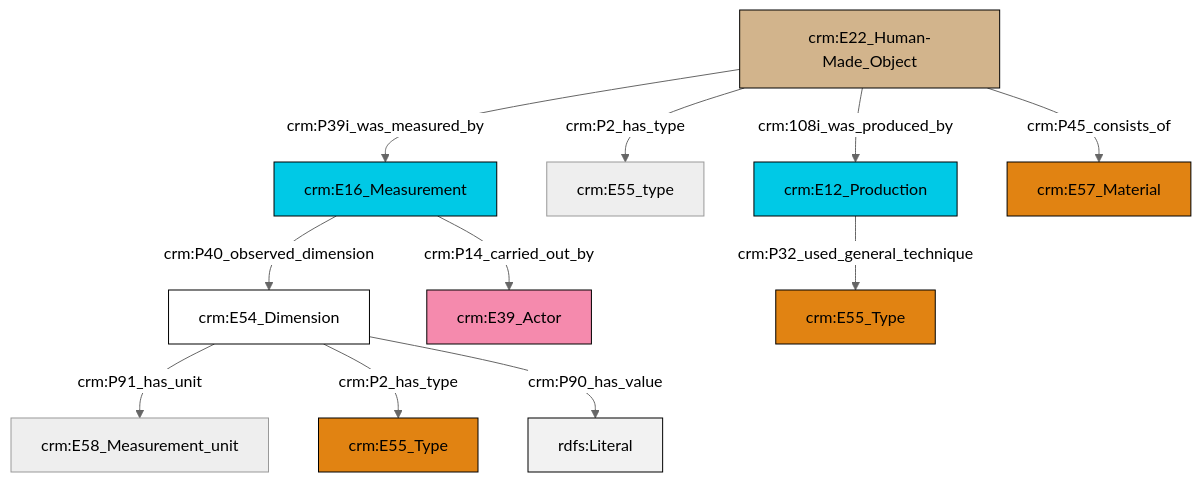
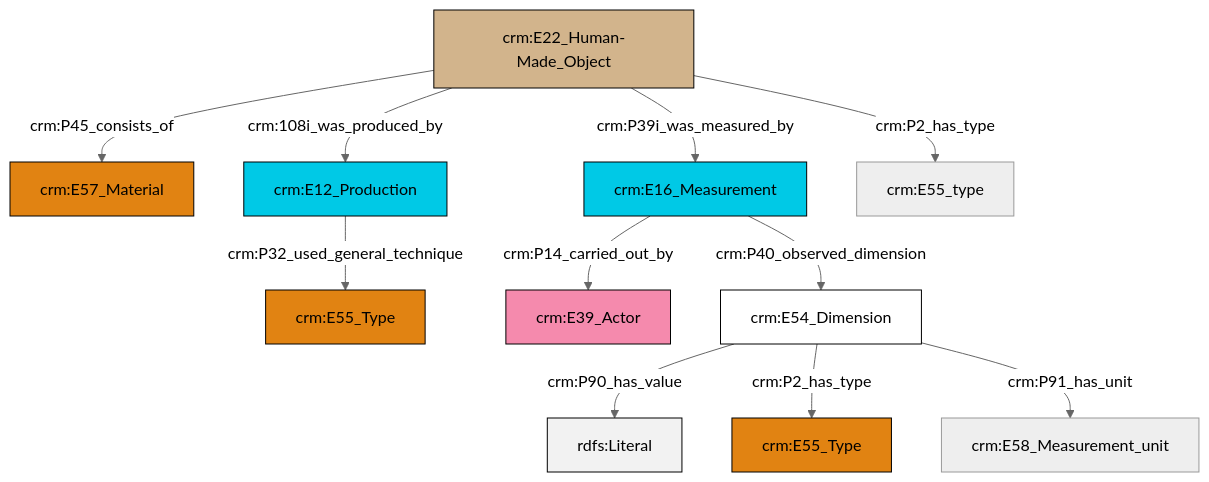
One commit to swiss-art-research-net/docs.swissartresearch changed the diagram in et/builtWorkCSV/ttl/mmd/Built_Work_substance.ttl.mmd. Above: the diagram before and after it, drawn with Mermaid (neutral theme). The commit also changed 177 other files, not shown here.

```diff
--- a/et/builtWorkCSV/ttl/mmd/Built_Work_substance.ttl.mmd
+++ b/et/builtWorkCSV/ttl/mmd/Built_Work_substance.ttl.mmd
@@ -1,25 +1,25 @@
 graph TD
 classDef Literal fill:#f2f2f2,stroke:#000000;
 classDef CRM_Entity fill:#FFFFFF,stroke:#000000;
 classDef Temporal_Entity fill:#00C9E6, stroke:#000000;
 classDef Type fill:#E18312, stroke:#000000;
 classDef Time-Span fill:#2C9C91, stroke:#000000;
 classDef Appellation fill:#FFEB7F, stroke:#000000;
 classDef Place fill:#008836, stroke:#000000;
 classDef Persistent_Item fill:#B266B2, stroke:#000000;
 classDef Conceptual_Object fill:#FFD700, stroke:#000000;
 classDef Physical_Thing fill:#D2B48C, stroke:#000000;
 classDef Actor fill:#f58aad, stroke:#000000;
 classDef PC_Classes fill:#4ce600, stroke:#000000;
 classDef Multi fill:#cccccc,stroke:#000000;
 
-0["crm:E22_Human-Made_Object"]:::Physical_Thing -->|crm:P39i_was_measured_by| 6["crm:E16_Measurement"]:::Temporal_Entity
-7["crm:E54_Dimension"]:::CRM_Entity -->|crm:P91_has_unit| 4["crm:E58_Measurement_unit"]:::Default
-6["crm:E16_Measurement"]:::Temporal_Entity -->|crm:P14_carried_out_by| 8["crm:E39_Actor"]:::Actor
-0["crm:E22_Human-Made_Object"]:::Physical_Thing -->|crm:P2_has_type| 11["crm:E55_type"]:::Default
-0["crm:E22_Human-Made_Object"]:::Physical_Thing -->|crm:108i_was_produced_by| 12["crm:E12_Production"]:::Temporal_Entity
-12["crm:E12_Production"]:::Temporal_Entity -->|crm:P32_used_general_technique| 9["crm:E55_Type"]:::Type
-0["crm:E22_Human-Made_Object"]:::Physical_Thing -->|crm:P45_consists_of| 14["crm:E57_Material"]:::Type
-6["crm:E16_Measurement"]:::Temporal_Entity -->|crm:P40_observed_dimension| 7["crm:E54_Dimension"]:::CRM_Entity
-7["crm:E54_Dimension"]:::CRM_Entity -->|crm:P2_has_type| 2["crm:E55_Type"]:::Type
-7["crm:E54_Dimension"]:::CRM_Entity -->|crm:P90_has_value| 20[rdfs:Literal]:::Literal
+2["crm:E22_Human-Made_Object"]:::Physical_Thing -->|crm:P45_consists_of| 3["crm:E57_Material"]:::Type
+7["crm:E12_Production"]:::Temporal_Entity -->|crm:P32_used_general_technique| 8["crm:E55_Type"]:::Type
+9["crm:E54_Dimension"]:::CRM_Entity -->|crm:P90_has_value| 10[rdfs:Literal]:::Literal
+2["crm:E22_Human-Made_Object"]:::Physical_Thing -->|crm:108i_was_produced_by| 7["crm:E12_Production"]:::Temporal_Entity
+2["crm:E22_Human-Made_Object"]:::Physical_Thing -->|crm:P39i_was_measured_by| 13["crm:E16_Measurement"]:::Temporal_Entity
+2["crm:E22_Human-Made_Object"]:::Physical_Thing -->|crm:P2_has_type| 16["crm:E55_type"]:::Default
+9["crm:E54_Dimension"]:::CRM_Entity -->|crm:P2_has_type| 4["crm:E55_Type"]:::Type
+9["crm:E54_Dimension"]:::CRM_Entity -->|crm:P91_has_unit| 14["crm:E58_Measurement_unit"]:::Default
+13["crm:E16_Measurement"]:::Temporal_Entity -->|crm:P14_carried_out_by| 0["crm:E39_Actor"]:::Actor
+13["crm:E16_Measurement"]:::Temporal_Entity -->|crm:P40_observed_dimension| 9["crm:E54_Dimension"]:::CRM_Entity
```
